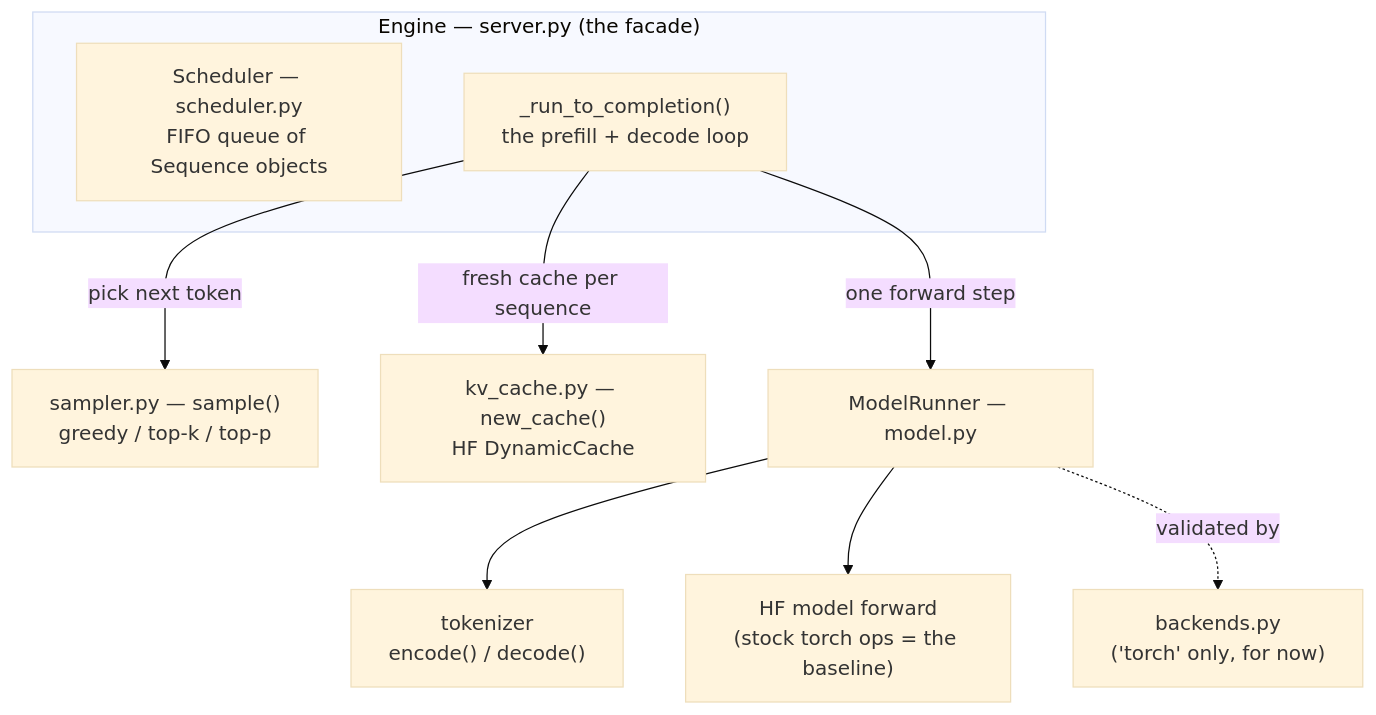
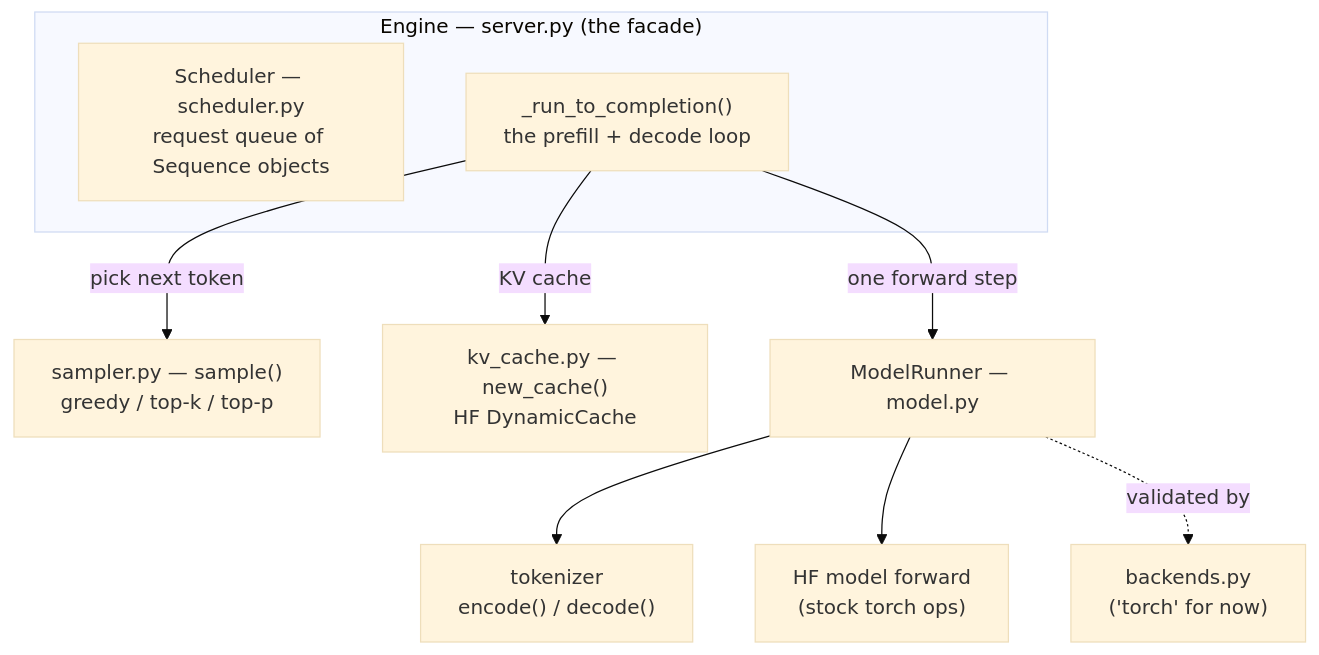
Before and after one commit to Dhruvilbhatt/nanoserve: the first of 3 diagrams in README.md, drawn with Mermaid (base theme). The commit also changed other lines of this file and 9 other files, not shown here.

````diff
--- a/README.md
+++ b/README.md
@@ -48,15 +76,15 @@
 ```mermaid
 flowchart TB
     subgraph E["Engine — server.py (the facade)"]
-        SC["Scheduler — scheduler.py<br/>FIFO queue of Sequence objects"]
+        SC["Scheduler — scheduler.py<br/>request queue of Sequence objects"]
         RL["_run_to_completion()<br/>the prefill + decode loop"]
     end
 
     RL -->|"pick next token"| SA["sampler.py — sample()<br/>greedy / top-k / top-p"]
-    RL -->|"fresh cache per sequence"| KV["kv_cache.py — new_cache()<br/>HF DynamicCache"]
+    RL -->|"KV cache"| KV["kv_cache.py — new_cache()<br/>HF DynamicCache"]
     RL -->|"one forward step"| MR["ModelRunner — model.py"]
 
     MR --> TOK["tokenizer<br/>encode() / decode()"]
-    MR --> HFM["HF model forward<br/>(stock torch ops = the baseline)"]
-    MR -.->|"validated by"| BK["backends.py<br/>('torch' only, for now)"]
+    MR --> HFM["HF model forward<br/>(stock torch ops)"]
+    MR -.->|"validated by"| BK["backends.py<br/>('torch' for now)"]
 ```
````
